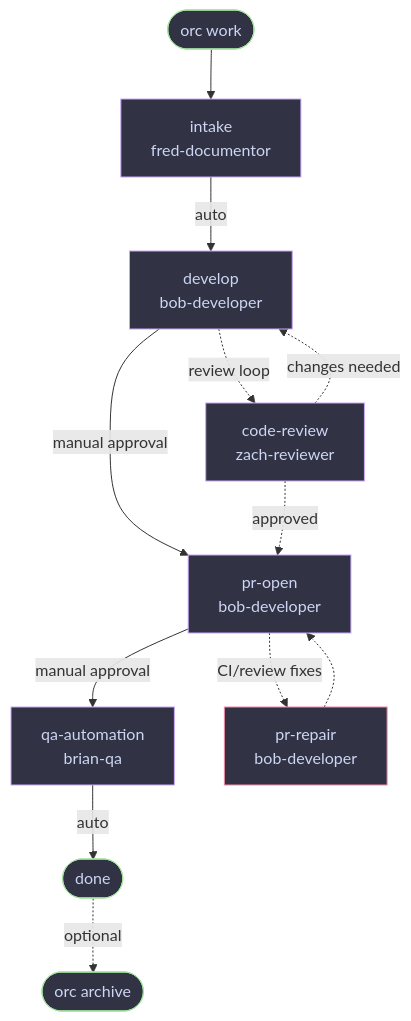
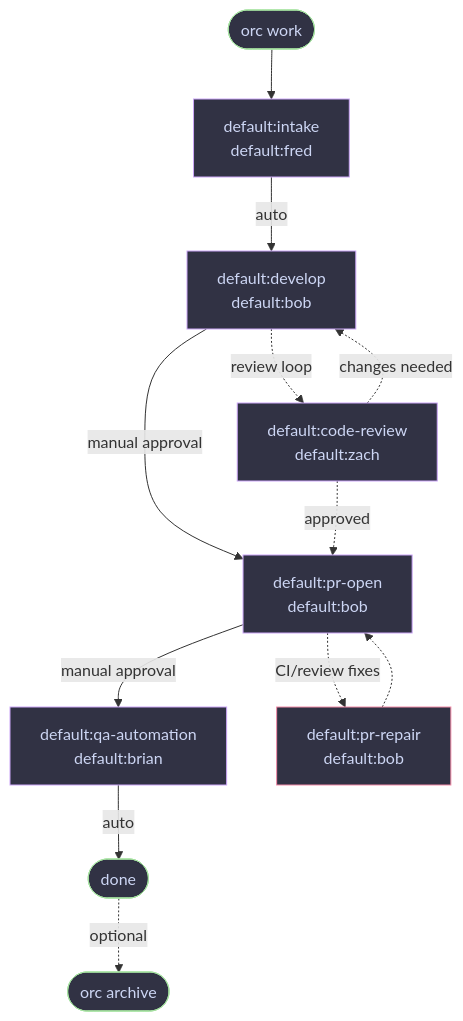
The first of 2 diagrams in README.md (cengebretson/orc), drawn with Mermaid before and after one commit. The commit also changed other lines of this file and 9 other files, not shown here.

````diff
--- a/README.md
+++ b/README.md
@@ -174,23 +181,23 @@
 ```mermaid
 flowchart TD
     W(["orc work"])
-    W --> intake["intake<br/>fred-documentor"]
-    intake -->|auto| develop["develop<br/>bob-developer"]
-    develop -->|manual approval| PO["pr-open<br/>bob-developer"]
-    develop -.->|review loop| CR["code-review<br/>zach-reviewer"]
+    W --> intake["default:intake<br/>default:fred"]
+    intake -->|auto| develop["default:develop<br/>default:bob"]
+    develop -->|manual approval| PO["default:pr-open<br/>default:bob"]
+    develop -.->|review loop| CR["default:code-review<br/>default:zach"]
     CR -.->|approved| PO
     CR -.->|changes needed| develop
-    PO -->|manual approval| QA["qa-automation<br/>brian-qa"]
-    PO -.->|CI/review fixes| PR["pr-repair<br/>bob-developer"]
+    PO -->|manual approval| QA["default:qa-automation<br/>default:brian"]
+    PO -.->|CI/review fixes| PR["default:pr-repair<br/>default:bob"]
     PR -.-> PO
     QA -->|auto| D(["done"])
     D -.->|optional| A(["orc archive"])
 
     classDef edge fill:#313244,stroke:#a6e3a1,color:#cdd6f4
     classDef stage fill:#313244,stroke:#cba6f7,color:#cdd6f4
     classDef repair fill:#313244,stroke:#f38ba8,color:#cdd6f4
 
     class W,D,A edge
     class intake,develop,CR,PO,QA stage
     class PR repair
 ```
````
